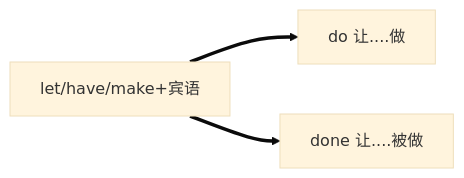
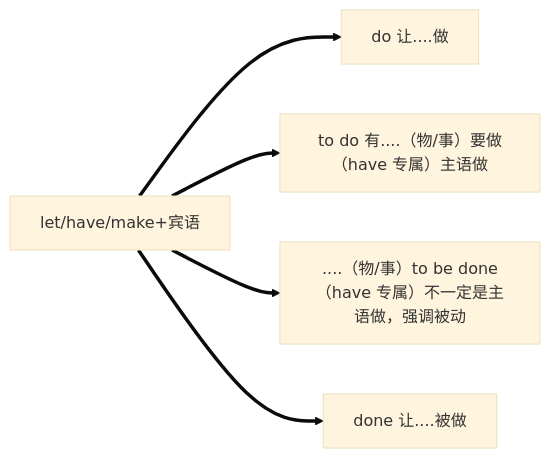
Diagram 12 of 13 in 非谓语动词/非谓语动词整理.md (fuutianyii/english), drawn with Mermaid (base theme) before and after one commit. The commit also changed other lines of this file, not shown here.

````diff
--- a/非谓语动词/非谓语动词整理.md
+++ b/非谓语动词/非谓语动词整理.md
@@ -438,5 +444,7 @@
 ```mermaid
 graph LR
 A["let/have/make+宾语"] ==> do["do 让....做"]
+A["let/have/make+宾语"] ==> todo["to do 有....（物/事）要做（have 专属）主语做"]
+A["let/have/make+宾语"] ==> tobendone["  ....（物/事）to be done（have 专属）不一定是主语做，强调被动"]
 A["let/have/make+宾语"] ==> done["done 让....被做"]
 ```
````
